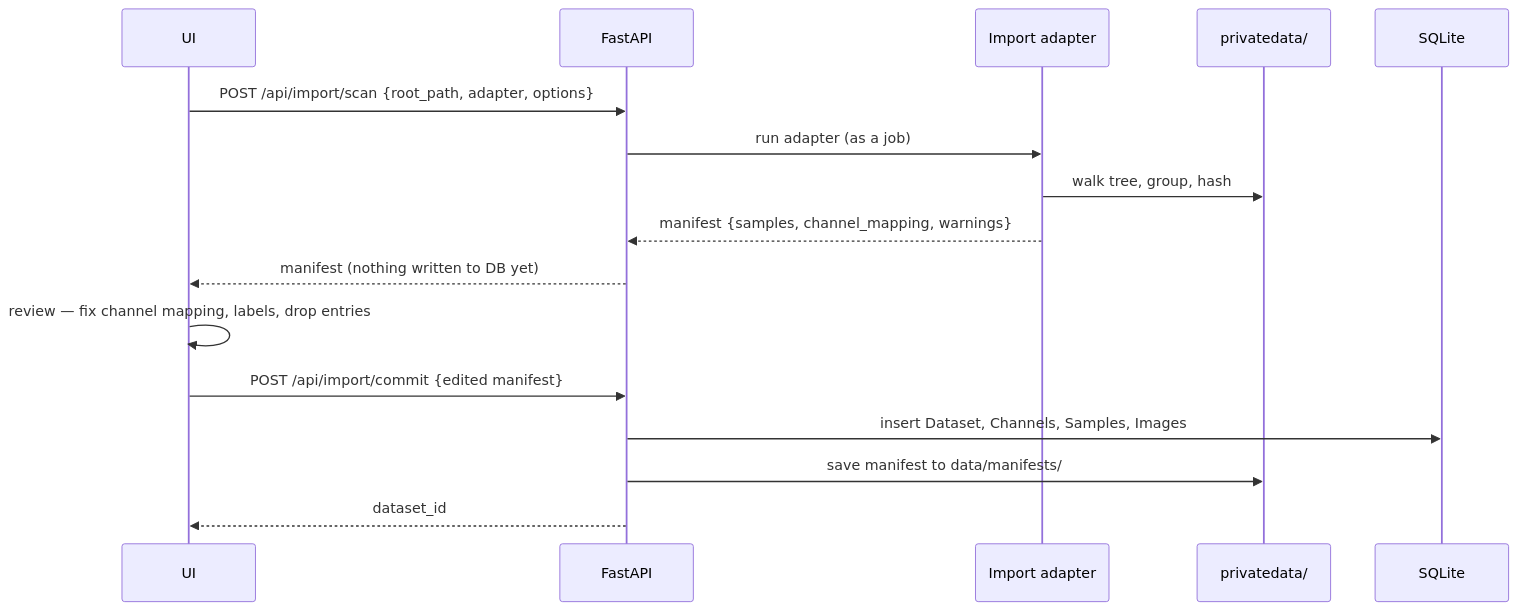
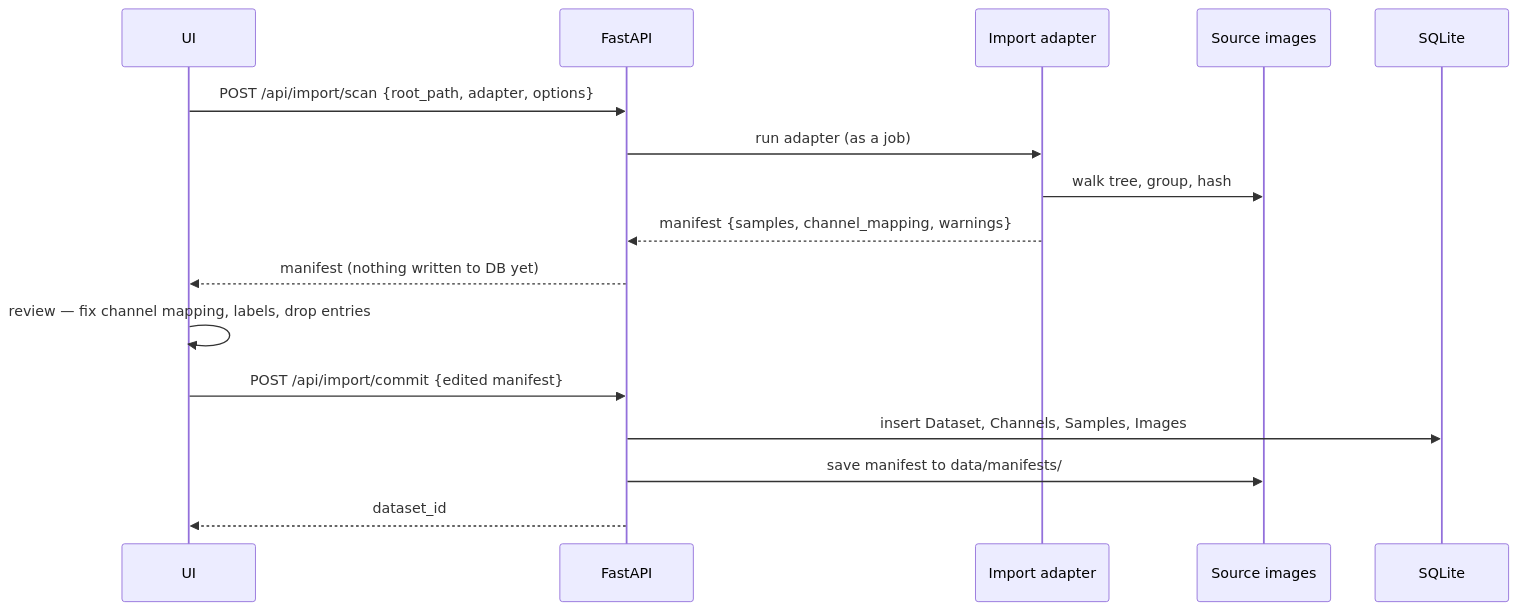
Before and after one commit to VitalyVorobyev/visual-anomaly-lab: the third of 3 diagrams in docs/system-design.md, drawn with Mermaid. The commit also changed other lines of this file and 4 other files, not shown here.

````diff
--- a/docs/system-design.md
+++ b/docs/system-design.md
@@ -606,19 +607,19 @@
 ```mermaid
 sequenceDiagram
     participant UI
     participant API as FastAPI
     participant AD as Import adapter
-    participant FS as privatedata/
+    participant FS as Source images
     participant DB as SQLite
 
     UI->>API: POST /api/import/scan {root_path, adapter, options}
     API->>AD: run adapter (as a job)
     AD->>FS: walk tree, group, hash
     AD-->>API: manifest {samples, channel_mapping, warnings}
     API-->>UI: manifest (nothing written to DB yet)
     UI->>UI: review — fix channel mapping, labels, drop entries
     UI->>API: POST /api/import/commit {edited manifest}
     API->>DB: insert Dataset, Channels, Samples, Images
     API->>FS: save manifest to data/manifests/
     API-->>UI: dataset_id
 ```
````
